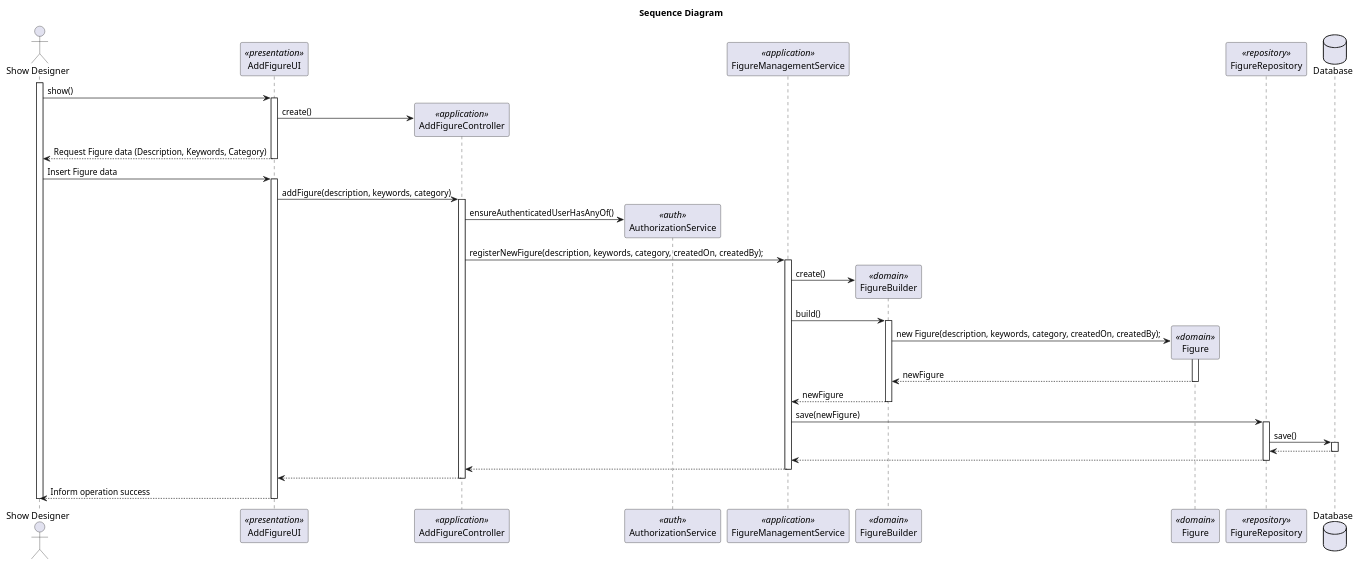
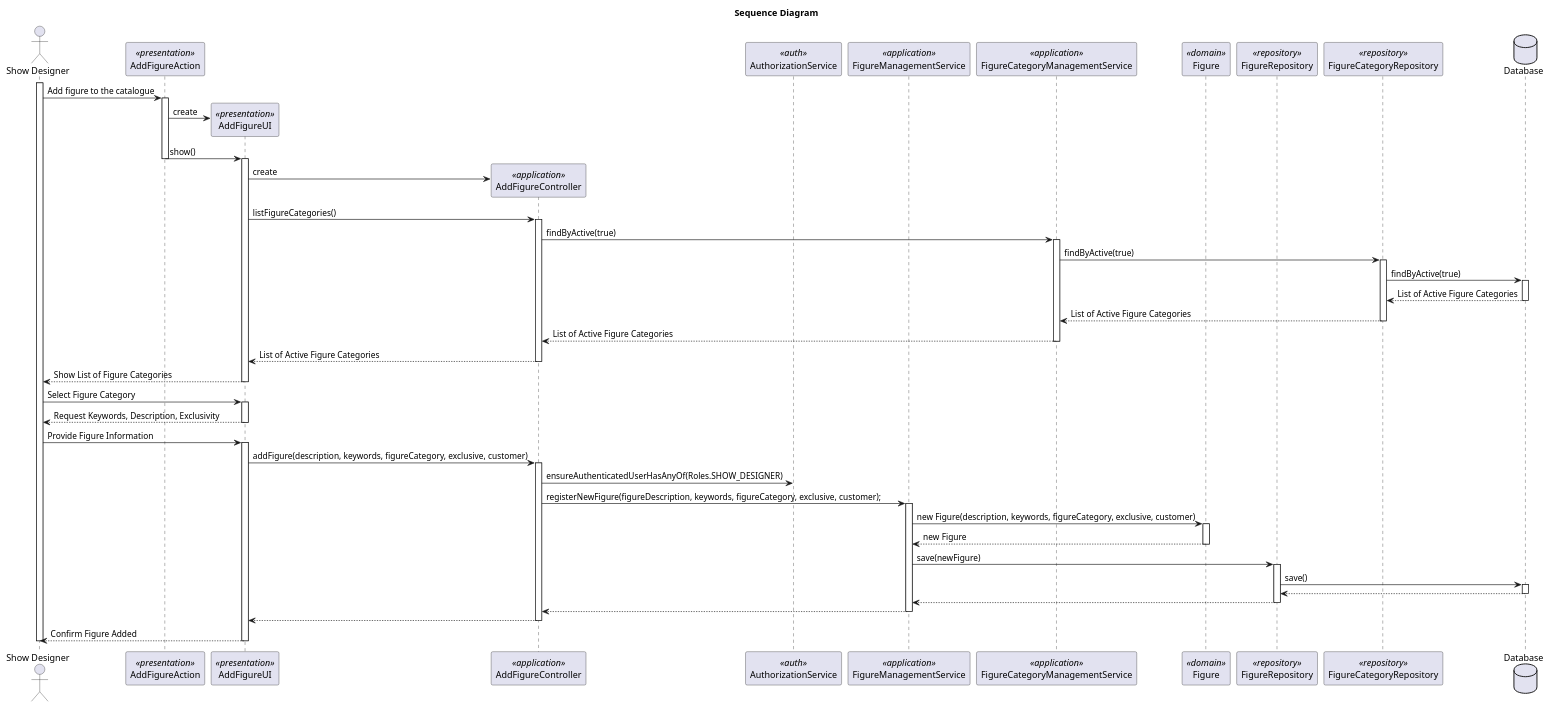
The diagram in docs/Sprint2/us_233/diagrams/sequence-diagram-US233.puml (rubenFreitas1/ISEP-LAPR4-2024-2025), drawn with PlantUML before and after one commit. The commit also changed 9 other files, not shown here.

```diff
--- a/docs/Sprint2/us_233/diagrams/sequence-diagram-US233.puml
+++ b/docs/Sprint2/us_233/diagrams/sequence-diagram-US233.puml
@@ -1,77 +1,106 @@
 @startuml
 title Sequence Diagram
 
 actor "Show Designer" as Actor
+participant "AddFigureAction" as Action <<presentation>>
 participant "AddFigureUI" as UI <<presentation>>
 participant "AddFigureController" as Controller <<application>>
 participant "AuthorizationService" as AuthorizationService <<auth>>
 participant "FigureManagementService" as FigureManagementService <<application>>
-participant "FigureBuilder" as FigureBuilder <<domain>>
+participant "FigureCategoryManagementService" as FigureCategoryManagementService <<application>>
 participant "Figure" as Figure <<domain>>
 participant "FigureRepository" as FigureRepository <<repository>>
+participant "FigureCategoryRepository" as FigureCategoryRepository <<repository>>
 database "Database" as Database
 
 activate Actor
 
-Actor -> UI: show()
-    activate UI
+Actor -> Action: Add figure to the catalogue
+    activate Action
 
-UI -> Controller** : create()
+        Action -> UI**: create
+        Action -> UI: show()
 
-UI --> Actor: Request Figure data (Description, Keywords, Category)
-deactivate UI
-
-Actor -> UI: Insert Figure data
-
+    deactivate Action
 
     activate UI
 
-        UI -> Controller : addFigure(description, keywords, category)
+UI -> Controller** : create
+
+UI -> Controller: listFigureCategories()
+    activate Controller
+
+        Controller -> FigureCategoryManagementService: findByActive(true)
+            activate FigureCategoryManagementService
+
+                FigureCategoryManagementService -> FigureCategoryRepository: findByActive(true)
+                    activate FigureCategoryRepository
+
+                        FigureCategoryRepository -> Database: findByActive(true)
+                            activate Database
+
+                                Database --> FigureCategoryRepository: List of Active Figure Categories
+                            deactivate Database
+
+                        FigureCategoryRepository --> FigureCategoryManagementService: List of Active Figure Categories
+                    deactivate FigureCategoryRepository
+
+                FigureCategoryManagementService --> Controller: List of Active Figure Categories
+            deactivate FigureCategoryManagementService
+        Controller --> UI: List of Active Figure Categories
+    deactivate Controller
+
+
+UI --> Actor: Show List of Figure Categories
+deactivate UI
+Actor -> UI: Select Figure Category
+activate UI
+
+UI --> Actor: Request Keywords, Description, Exclusivity
+deactivate UI
+
+Actor -> UI: Provide Figure Information
+
+    activate UI
+
+        UI -> Controller : addFigure(description, keywords, figureCategory, exclusive, customer)
             activate Controller
 
-                Controller -> AuthorizationService** : ensureAuthenticatedUserHasAnyOf()
+                Controller -> AuthorizationService : ensureAuthenticatedUserHasAnyOf(Roles.SHOW_DESIGNER)
 
                 deactivate AuthorizationService
 
-                Controller -> FigureManagementService : registerNewFigure(description, keywords, category, createdOn, createdBy);
+                Controller -> FigureManagementService : registerNewFigure(figureDescription, keywords, figureCategory, exclusive, customer);
                 activate FigureManagementService
 
-                    FigureManagementService -> FigureBuilder** : create()
-                    FigureManagementService -> FigureBuilder : build()
-                    activate FigureBuilder
+                    FigureManagementService -> Figure: new Figure(description, keywords, figureCategory, exclusive, customer)
+                        activate Figure
 
-                        FigureBuilder -> Figure**: new Figure(description, keywords, category, createdOn, createdBy);
+                            Figure --> FigureManagementService: new Figure
+                        deactivate Figure
 
-                         activate Figure
-
-                         Figure --> FigureBuilder : newFigure
-                         deactivate Figure
-
-                          FigureBuilder --> FigureManagementService : newFigure
-
-                    deactivate FigureBuilder
 
 
                     FigureManagementService -> FigureRepository : save(newFigure)
 
                     activate FigureRepository
 
                              FigureRepository -> Database : save()
                              activate Database
 
                                 Database --> FigureRepository
                              deactivate Database
 
                              FigureRepository --> FigureManagementService
                     deactivate FigureRepository
 
                     FigureManagementService --> Controller
                 deactivate FigureManagementService
 
                 Controller --> UI
             deactivate Controller
-        UI --> Actor : Inform operation success
+        UI --> Actor : Confirm Figure Added
         deactivate UI
 deactivate Actor
 
 @enduml
```
